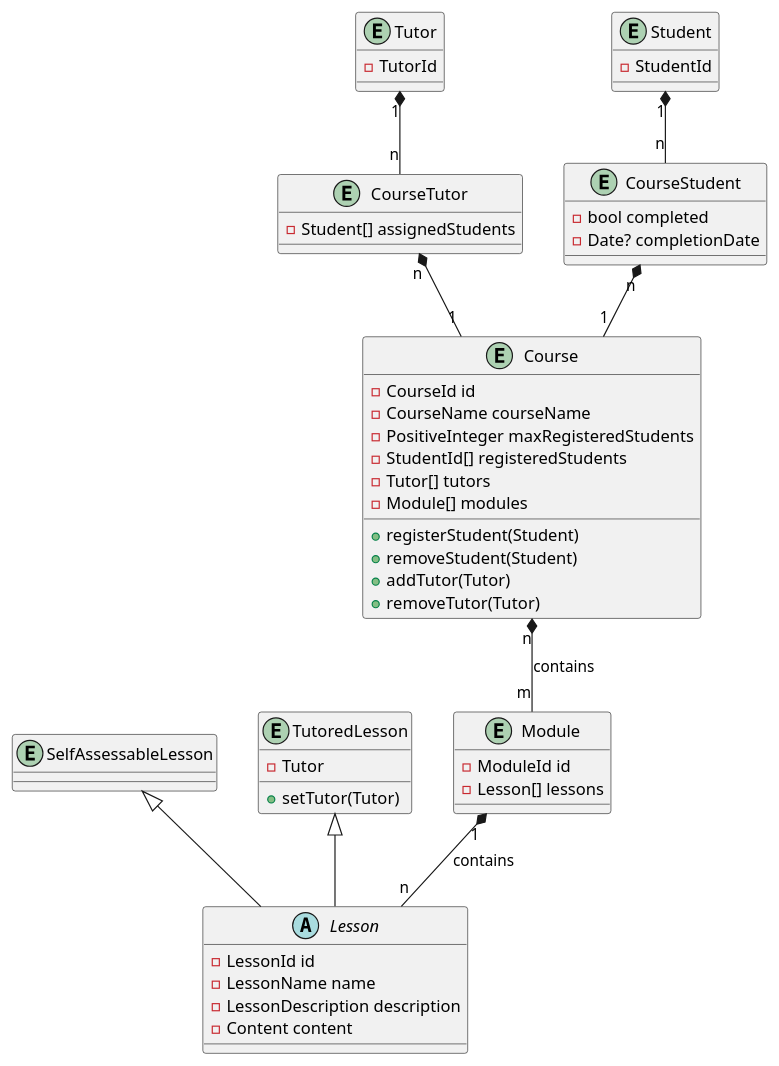
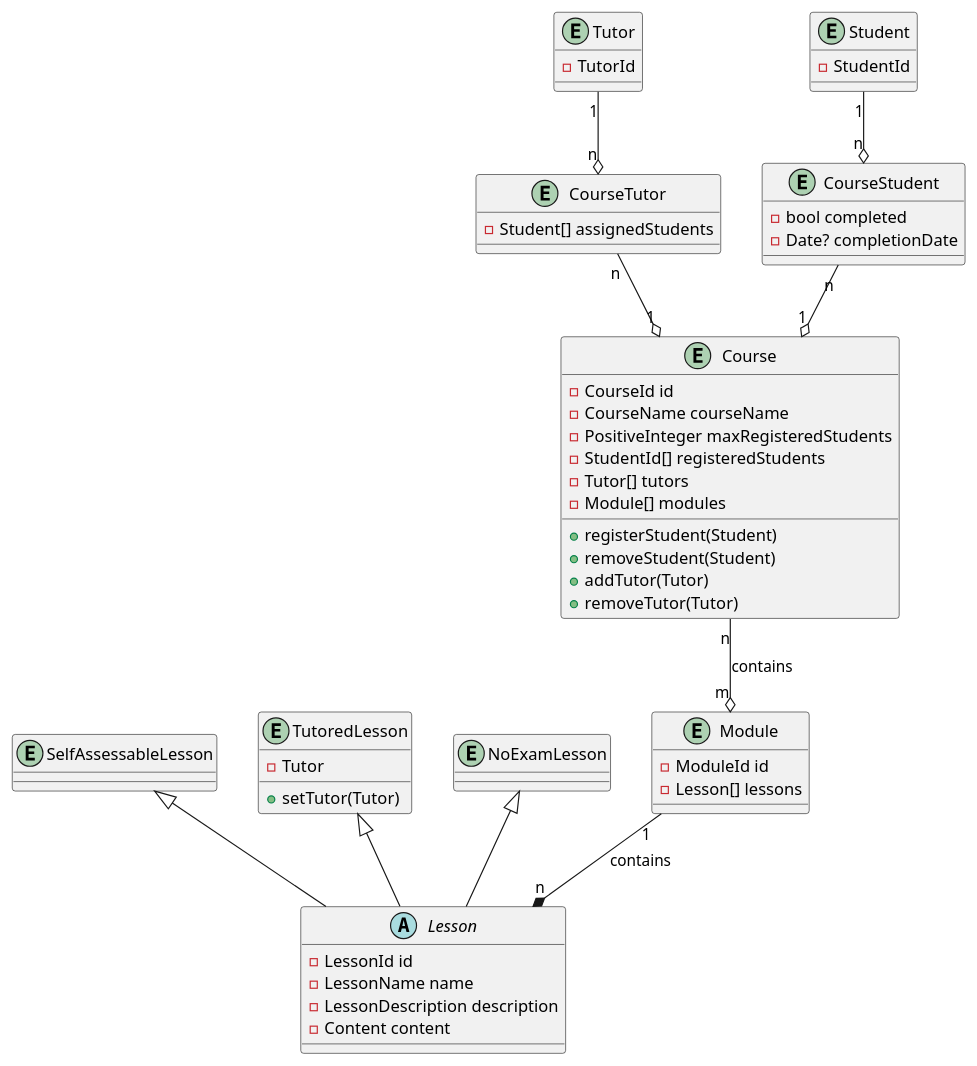
The diagram in diagrams/bc_courses.puml (apiumhub/apium-academy-videos), drawn with PlantUML before and after one commit. The commit also changed 13 other files, not shown here.

Commit message:
WIP Course_student implementation

```diff
--- a/diagrams/bc_courses.puml
+++ b/diagrams/bc_courses.puml
@@ -1,66 +1,70 @@
 @startuml
 
 entity Course {
   - CourseId id
   - CourseName courseName
   - PositiveInteger maxRegisteredStudents
   - StudentId[] registeredStudents
   - Tutor[] tutors
   - Module[] modules
   + registerStudent(Student)
   + removeStudent(Student)
   + addTutor(Tutor)
   + removeTutor(Tutor)
 }
 
 entity CourseTutor {
     - Student[] assignedStudents
 }
 
 entity CourseStudent {
     - bool completed
     - Date? completionDate
 }
 
 entity Module {
   - ModuleId id
   - Lesson[] lessons
 }
 
 abstract Lesson {
   - LessonId id
   - LessonName name
   - LessonDescription description
   - Content content
 }
 
 entity SelfAssessableLesson {
 
 }
 
 entity TutoredLesson {
   - Tutor
   + setTutor(Tutor)
 }
 
+entity NoExamLesson {
+}
+
 entity Student {
   - StudentId
 }
 entity Tutor {
   - TutorId
 }
 
 SelfAssessableLesson <|-- Lesson
 TutoredLesson <|-- Lesson
+NoExamLesson <|-- Lesson
 
-Course "n" *-- "m" Module: contains
-Module "1" *-- "n" Lesson: contains
+Course "n" --o "m" Module: contains
+Module "1" --* "n" Lesson: contains
 
-Student "1" *-- "n" CourseStudent
-CourseStudent "n" *-- "1" Course
+Student "1" --o "n" CourseStudent
+CourseStudent "n" --o "1" Course
 
-Tutor "1" *-- "n" CourseTutor
-CourseTutor "n" *-- "1" Course
+Tutor "1" --o "n" CourseTutor
+CourseTutor "n" --o "1" Course
 
 
 @enduml
```
